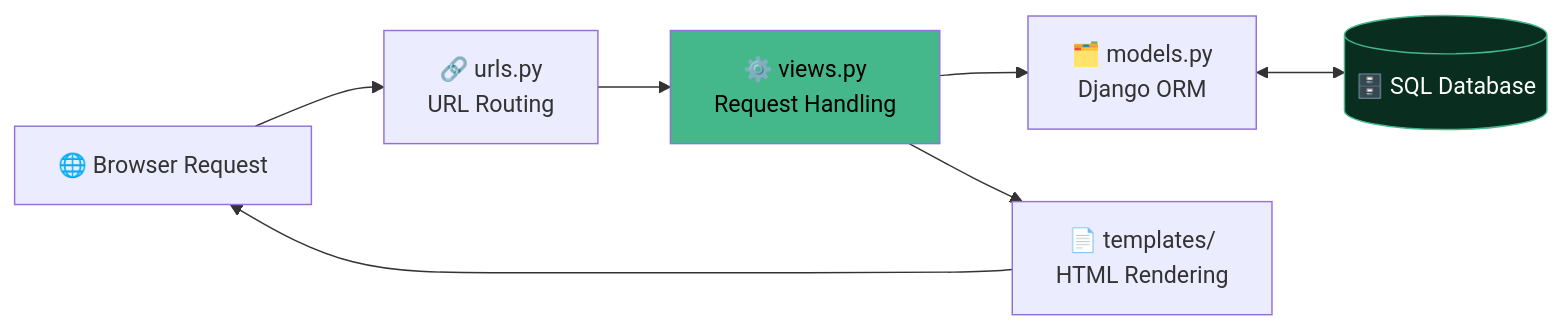
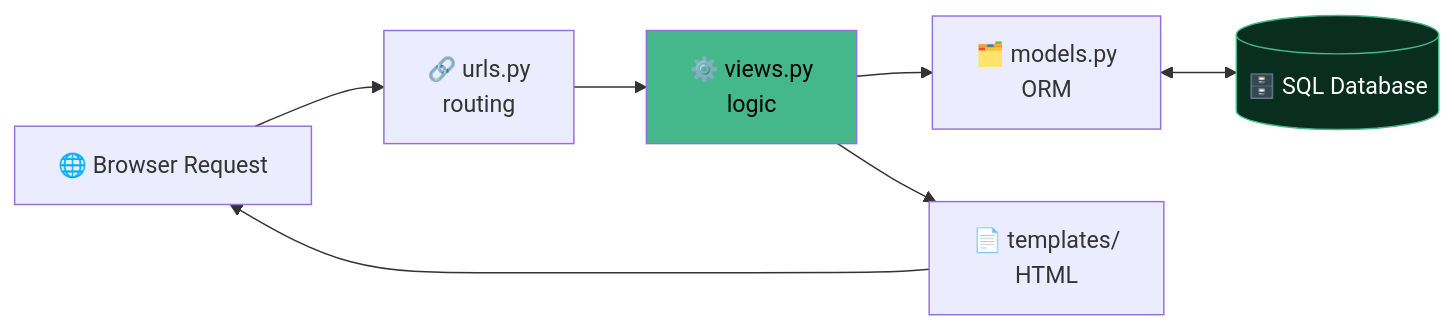
Before and after one commit to Talha-Yaseen-Hub/FP-IBM-DFEAR: the eighth of 10 diagrams in README.md, drawn with Mermaid. The commit also changed other lines of this file, not shown here.

````diff
--- a/README.md
+++ b/README.md
@@ -479,12 +344,12 @@
 ```mermaid
 flowchart LR
-    B["🌐 Browser Request"] --> U["🔗 urls.py<br/>URL Routing"]
-    U --> V["⚙️ views.py<br/>Request Handling"]
-    V --> M["🗂️ models.py<br/>Django ORM"]
+    B["🌐 Browser Request"] --> U["🔗 urls.py<br/>routing"]
+    U --> V["⚙️ views.py<br/>logic"]
+    V --> M["🗂️ models.py<br/>ORM"]
     M <--> DB[("🗄️ SQL Database")]
-    V --> T["📄 templates/<br/>HTML Rendering"]
+    V --> T["📄 templates/<br/>HTML"]
     T --> B
 
     style DB fill:#092e20,color:#fff,stroke:#44B78B
     style V fill:#44B78B,color:#000
 ```
````
